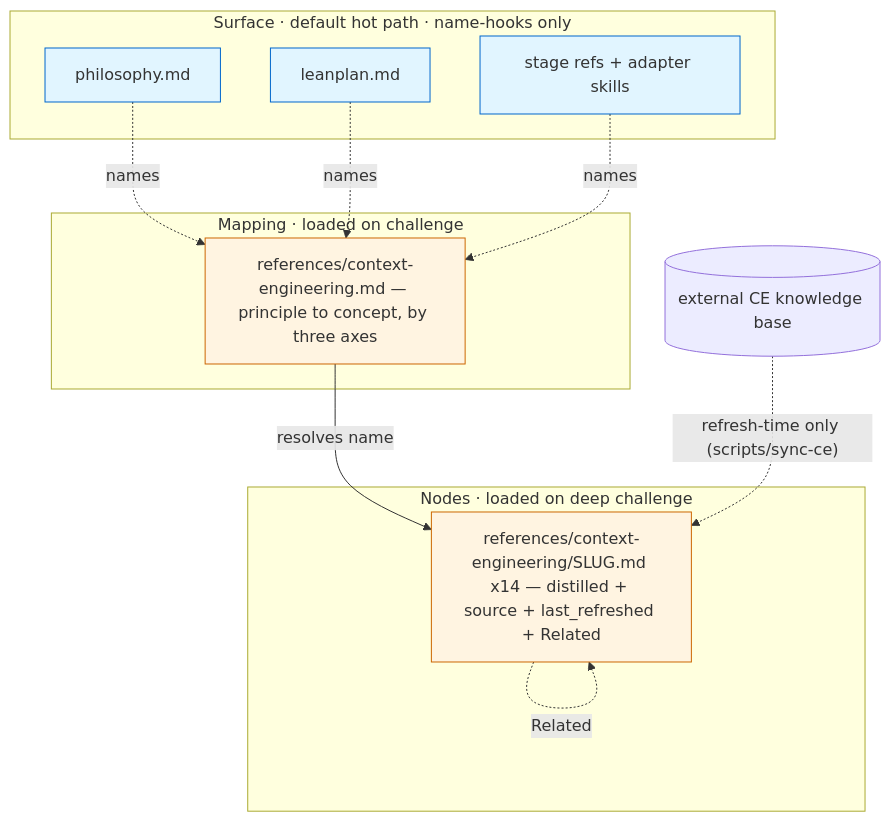
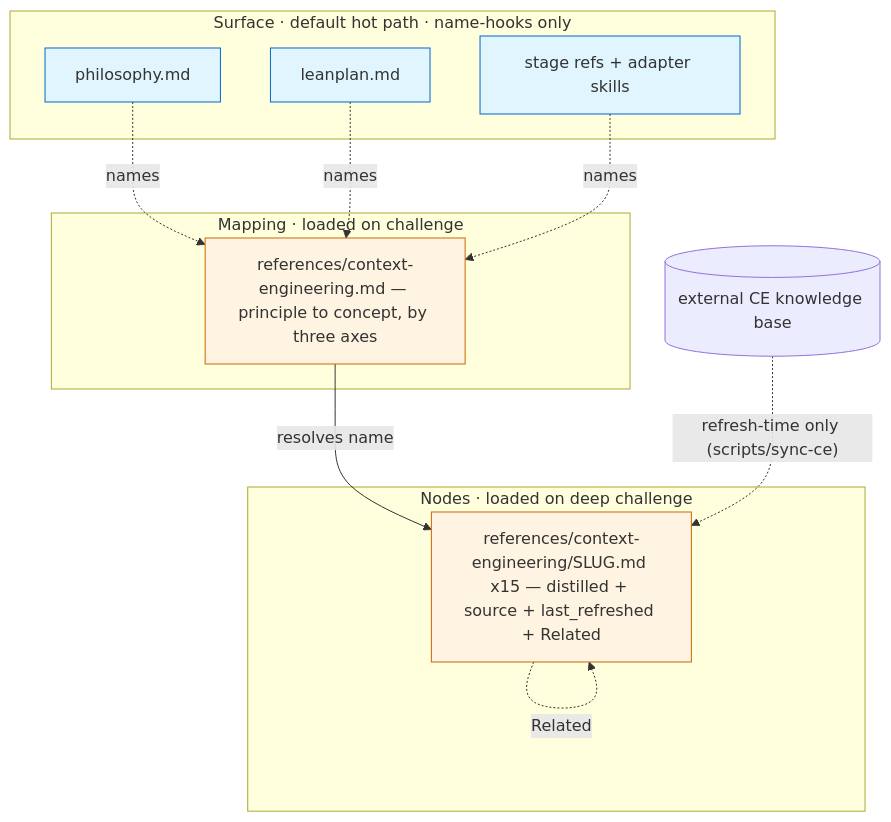
The diagram in docs/features/260619-context-engineering-knowledges-grounding/design.md (mynghn/leanplan), drawn with Mermaid before and after one commit. The commit also changed other lines of this file and 18 other files, not shown here.

````diff
--- a/docs/features/260619-context-engineering-knowledges-grounding/design.md
+++ b/docs/features/260619-context-engineering-knowledges-grounding/design.md
@@ -7,27 +7,27 @@
 ```mermaid
 flowchart TD
     subgraph surface [Surface · default hot path · name-hooks only]
       PH[philosophy.md]
       LP[leanplan.md]
       SK[stage refs + adapter skills]
     end
     subgraph mapping [Mapping · loaded on challenge]
       CE["references/context-engineering.md — principle to concept, by three axes"]
     end
     subgraph nodes [Nodes · loaded on deep challenge]
-      N["references/context-engineering/SLUG.md x14 — distilled + source + last_refreshed + Related"]
+      N["references/context-engineering/SLUG.md x15 — distilled + source + last_refreshed + Related"]
     end
     KB[("external CE knowledge base")]
 
     PH -. names .-> CE
     LP -. names .-> CE
     SK -. names .-> CE
     CE -->|resolves name| N
     N -. Related .-> N
     KB -. "refresh-time only (scripts/sync-ce)" .-> N
 
     classDef s fill:#e1f5ff,stroke:#0066cc
     classDef a fill:#fff4e1,stroke:#cc6600
     class PH,LP,SK s
     class CE,N a
 ```
````
